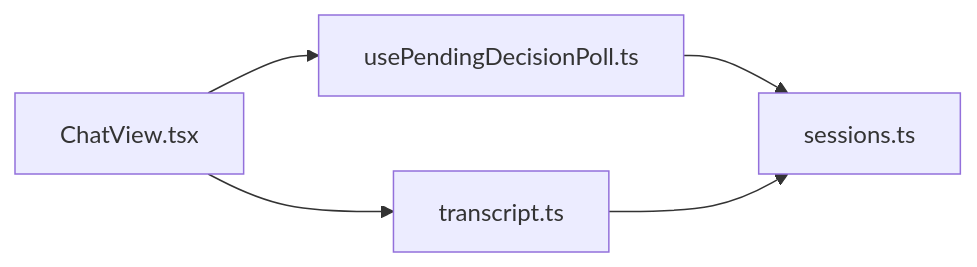
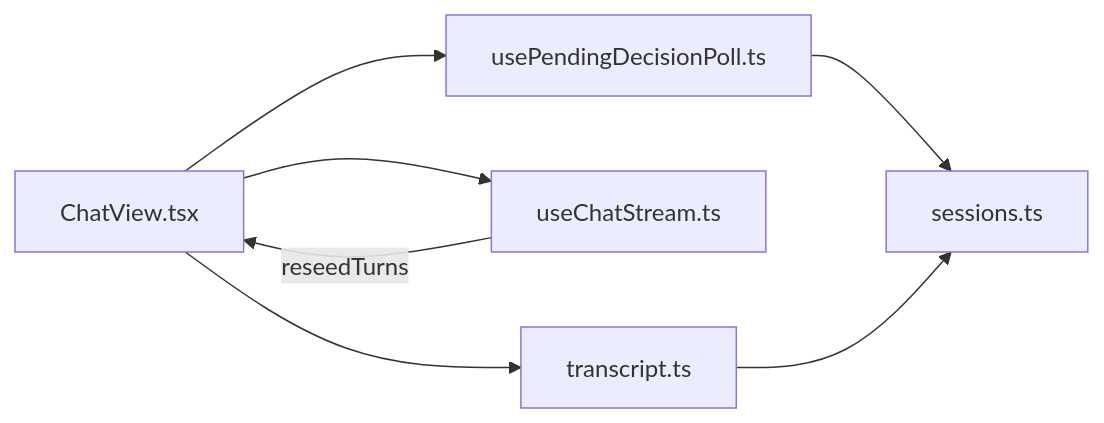
Before and after one commit to metasync/luban-aiops: the fifth of 5 diagrams in .qoder/repowiki/en/content/Architecture Documentation/SPEC-032_ Owner-Side Live Decision Sync.md, drawn with Mermaid. The commit also changed other lines of this file and 27 other files, not shown here.

````diff
--- a/.qoder/repowiki/en/content/Architecture Documentation/SPEC-032_ Owner-Side Live Decision Sync.md
+++ b/.qoder/repowiki/en/content/Architecture Documentation/SPEC-032_ Owner-Side Live Decision Sync.md
@@ -233,7 +321,9 @@
 ```mermaid
 graph LR
 ChatView["ChatView.tsx"] --> Hook["usePendingDecisionPoll.ts"]
 Hook --> API["sessions.ts"]
+ChatView --> Stream["useChatStream.ts"]
 ChatView --> Trans["transcript.ts"]
 Trans --> API
+Stream --> |"reseedTurns"| ChatView
 ```
````
